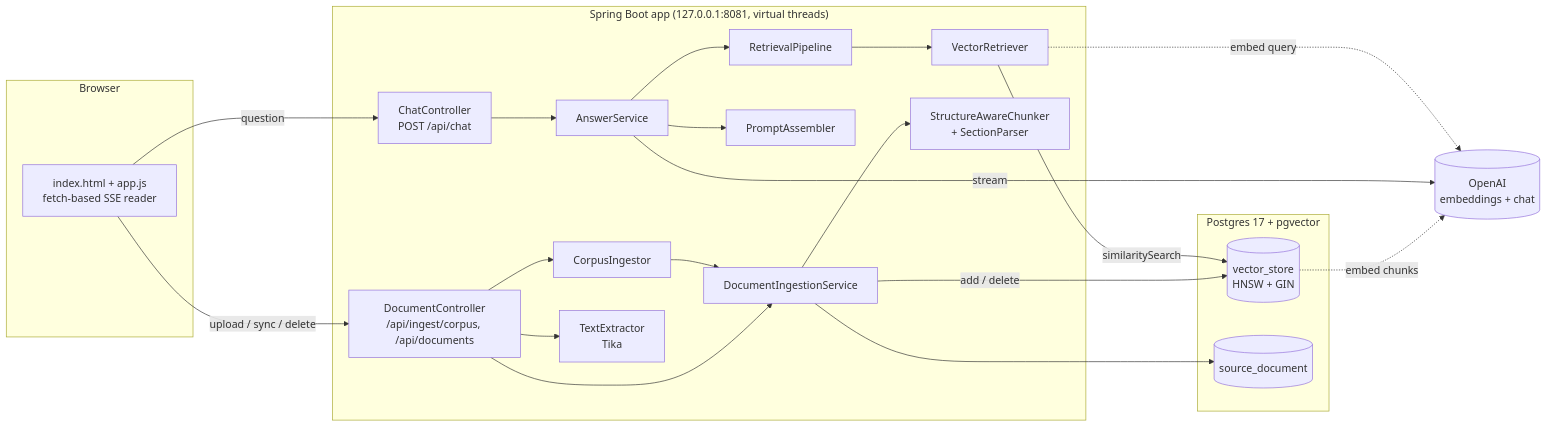
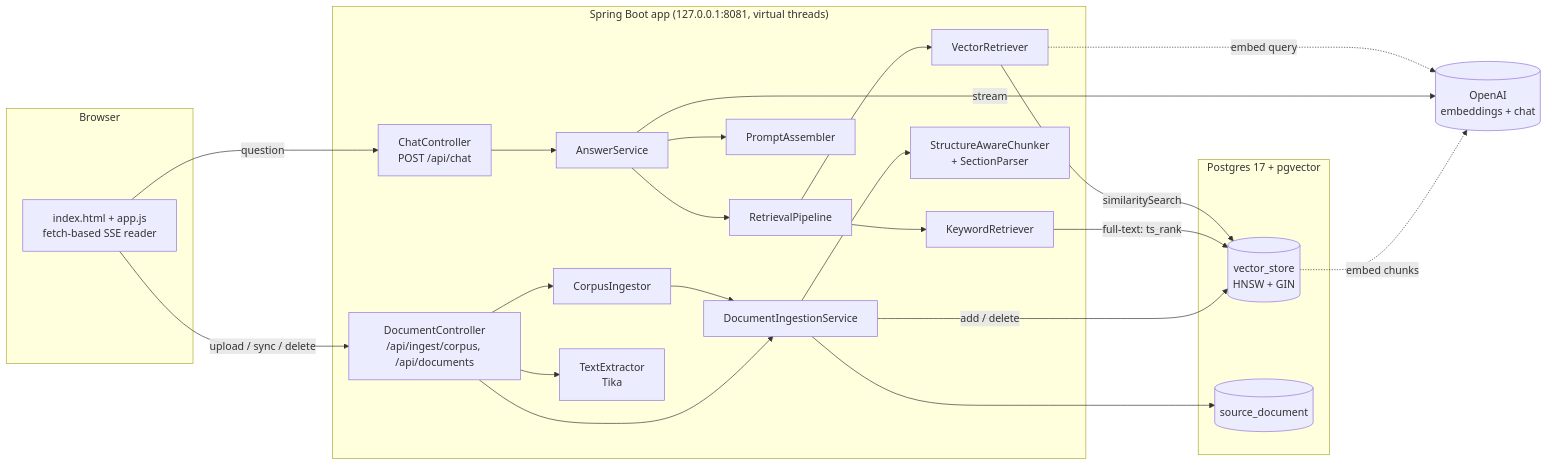
Before and after one commit to SandeepSRathore/rag-pipeline: the first of 3 diagrams in README.md, drawn with Mermaid. The commit also changed other lines of this file and 4 other files, not shown here.

````diff
--- a/README.md
+++ b/README.md
@@ -152,36 +152,38 @@
 ```mermaid
 flowchart LR
     subgraph Browser
         UI["index.html + app.js<br/>fetch-based SSE reader"]
     end
     subgraph App["Spring Boot app (127.0.0.1:8081, virtual threads)"]
         CC["ChatController<br/>POST /api/chat"]
         AS[AnswerService]
         RP[RetrievalPipeline]
         VR[VectorRetriever]
+        KR[KeywordRetriever]
         PA[PromptAssembler]
         DC["DocumentController<br/>/api/ingest/corpus, /api/documents"]
         CI[CorpusIngestor]
         DIS[DocumentIngestionService]
         SAC["StructureAwareChunker<br/>+ SectionParser"]
         TE["TextExtractor<br/>Tika"]
     end
     subgraph Postgres["Postgres 17 + pgvector"]
         VS[("vector_store<br/>HNSW + GIN")]
         SD[("source_document")]
     end
     OAI[("OpenAI<br/>embeddings + chat")]
 
     UI -->|question| CC --> AS --> RP --> VR -->|similaritySearch| VS
     VR -.->|embed query| OAI
+    RP --> KR -->|"full-text: ts_rank"| VS
     AS --> PA
     AS -->|stream| OAI
     UI -->|upload / sync / delete| DC
     DC --> CI --> DIS
     DC --> TE
     DC --> DIS
     DIS --> SAC
     DIS -->|add / delete| VS
     DIS --> SD
     VS -.->|embed chunks| OAI
 ```
````
